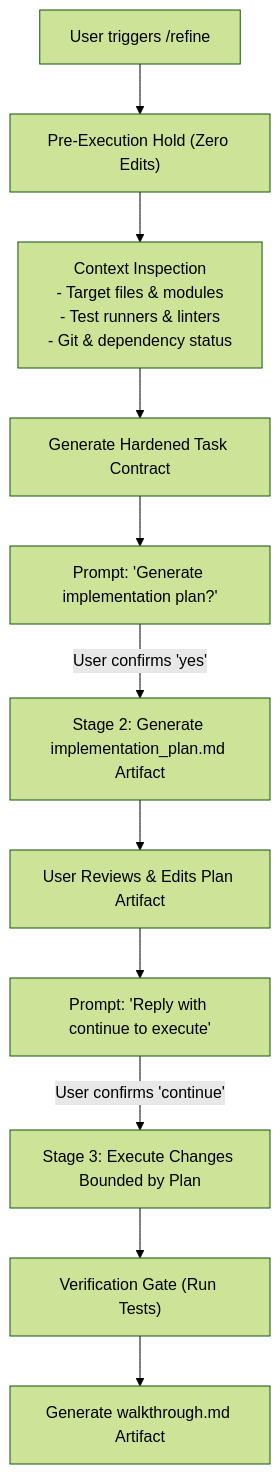
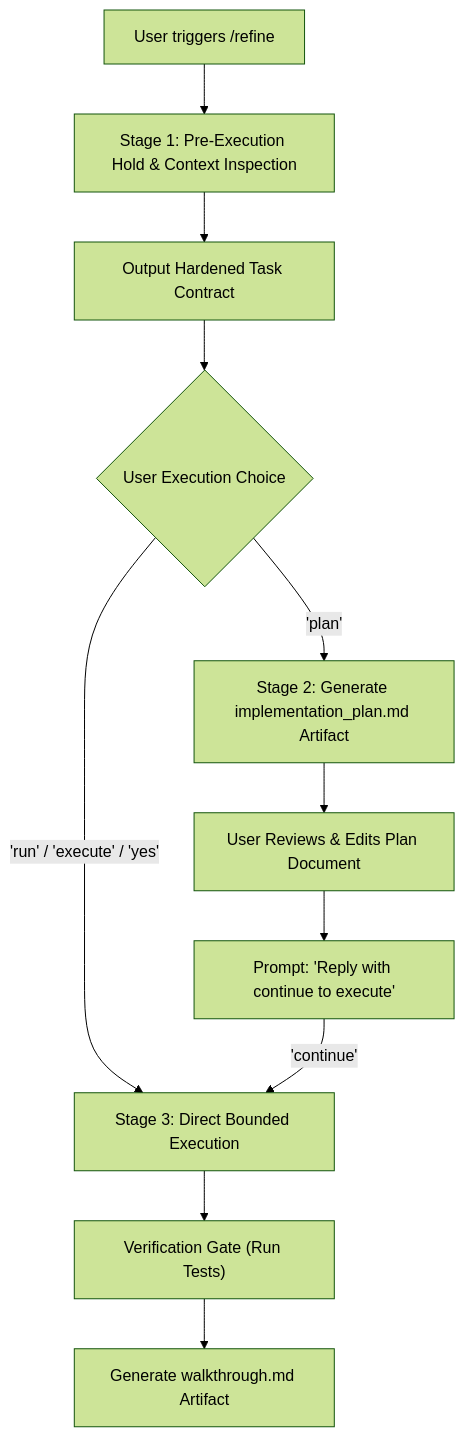
One commit to cluelessbaj/antigravity-refine changed the diagram in README.md. Above: the diagram before and after it, drawn with Mermaid (forest theme). The commit also changed other lines of this file and 4 other files, not shown here.

Commit message:
feat: add user execution choice between direct execution and interactive planning

````diff
--- a/README.md
+++ b/README.md
@@ -26,13 +28,13 @@
 ```mermaid
 flowchart TD
-    A["User triggers /refine <prompt>"] --> B["Pre-Execution Hold (Zero Edits)"]
-    B --> C["Context Inspection\n- Target files & modules\n- Test runners & linters\n- Git & dependency status"]
-    C --> D["Generate Hardened Task Contract"]
-    D --> E["Prompt: 'Generate implementation plan?'"]
-    E -->|User confirms 'yes'| F["Stage 2: Generate implementation_plan.md Artifact"]
-    F --> G["User Reviews & Edits Plan Artifact"]
+    A["User triggers /refine <prompt>"] --> B["Stage 1: Pre-Execution Hold & Context Inspection"]
+    B --> C["Output Hardened Task Contract"]
+    C --> D{"User Execution Choice"}
+    D -->|"'run' / 'execute' / 'yes'"| E["Stage 3: Direct Bounded Execution"]
+    D -->|"'plan'"| F["Stage 2: Generate implementation_plan.md Artifact"]
+    F --> G["User Reviews & Edits Plan Document"]
     G --> H["Prompt: 'Reply with continue to execute'"]
-    H -->|User confirms 'continue'| I["Stage 3: Execute Changes Bounded by Plan"]
-    I --> J["Verification Gate (Run Tests)"]
-    J --> K["Generate walkthrough.md Artifact"]
+    H -->|"'continue'"| E
+    E --> I["Verification Gate (Run Tests)"]
+    I --> J["Generate walkthrough.md Artifact"]
 ```
````
